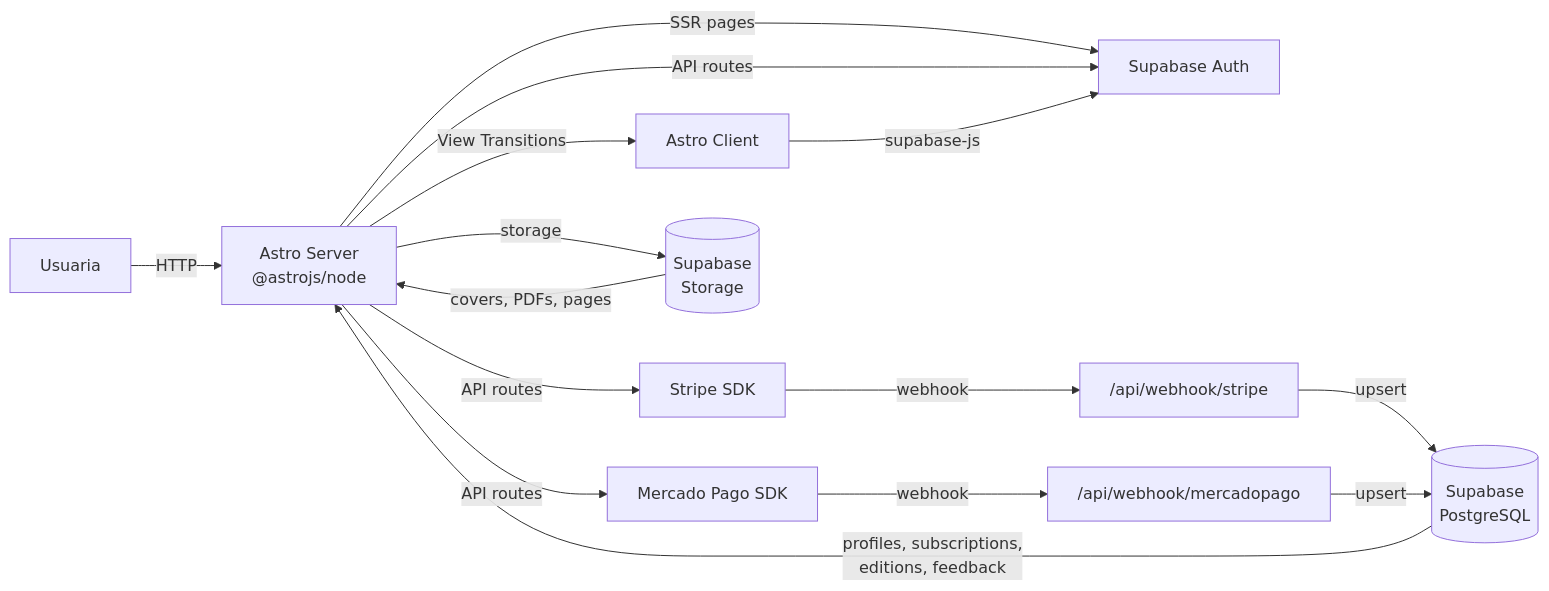
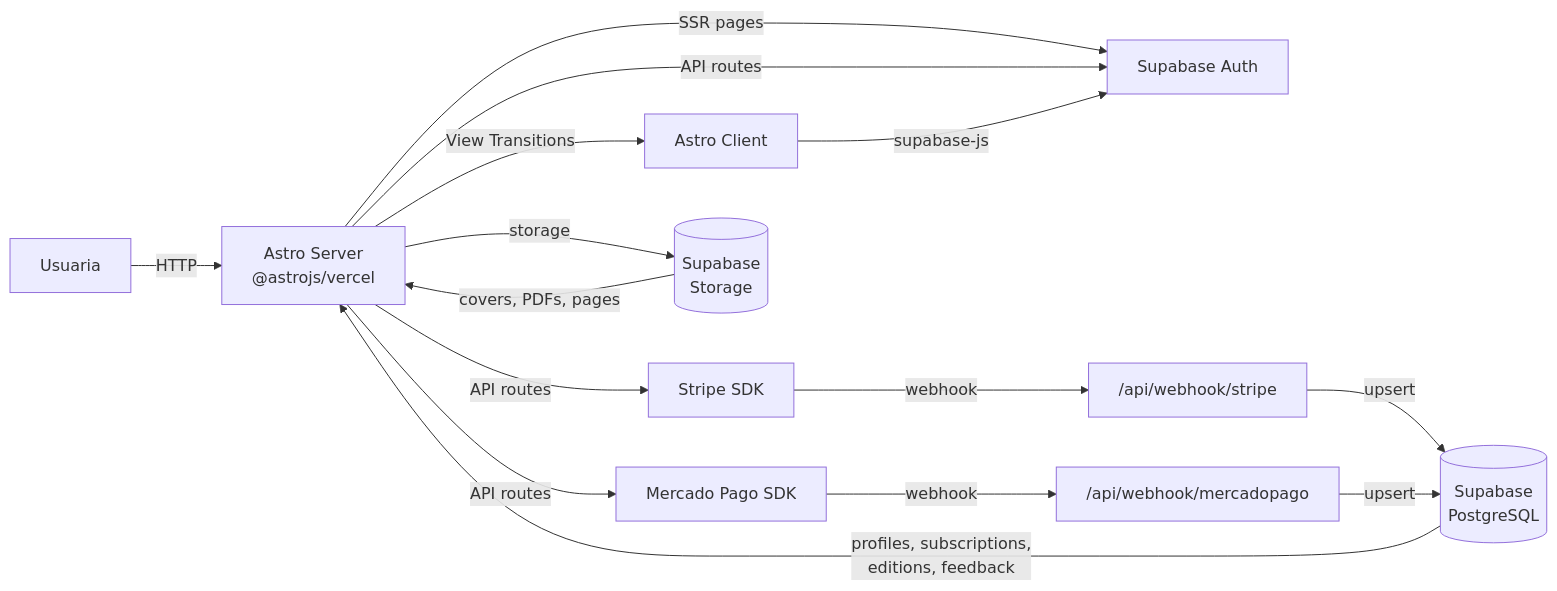
One commit to JulianR10/triba changed the diagram in AGENTS.md. Above: the diagram before and after it, drawn with Mermaid. The commit also changed other lines of this file and 1 other file, not shown here.

Commit message:
Update AGENTS.md and mejoras.md for Vercel deployment

````diff
--- a/AGENTS.md
+++ b/AGENTS.md
@@ -314,17 +318,17 @@
 ```mermaid
 flowchart LR
-  U[Usuaria] -->|HTTP| AS[Astro Server<br/>@astrojs/node]
+  U[Usuaria] -->|HTTP| AS[Astro Server<br/>@astrojs/vercel]
   AS -->|View Transitions| AC[Astro Client]
   AS -->|SSR pages| SU[Supabase Auth]
   AS -->|API routes| SU
   AS -->|API routes| ST[Stripe SDK]
   AS -->|API routes| MP[Mercado Pago SDK]
   ST -->|webhook| WH["/api/webhook/stripe"]
   MP -->|webhook| WH2["/api/webhook/mercadopago"]
   WH -->|upsert| SB[(Supabase<br/>PostgreSQL)]
   WH2 -->|upsert| SB
   AS -->|storage| S3[(Supabase<br/>Storage)]
   AC -->|supabase-js| SU
   SB -->|profiles, subscriptions,<br/>editions, feedback| AS
   S3 -->|covers, PDFs, pages| AS
 ```
````
